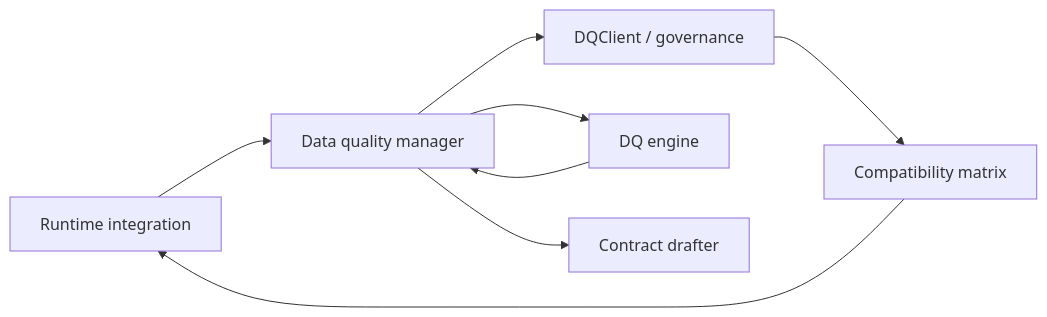
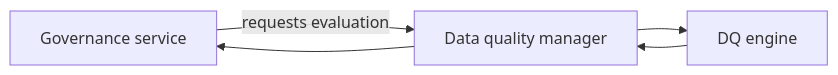
Before and after one commit to NextLab-SRL/dc43: the diagram in docs/component-data-quality-manager.md, drawn with Mermaid. The commit also changed other lines of this file and 15 other files, not shown here.

Commit message:
Refactor governance integration to use remote service

````diff
--- a/docs/component-data-quality-manager.md
+++ b/docs/component-data-quality-manager.md
@@ -23,10 +22,7 @@
 ```mermaid
 flowchart LR
-    Integration["Runtime integration"] --> DQMgr["Data quality manager"]
-    DQMgr --> Client["DQClient / governance"]
+    Governance["Governance service"] -->|requests evaluation| DQMgr["Data quality manager"]
     DQMgr --> Engine["DQ engine"]
     Engine --> DQMgr
-    DQMgr --> Drafter["Contract drafter"]
-    Client --> Catalog["Compatibility matrix"]
-    Catalog --> Integration
+    DQMgr --> Governance
 ```
````
